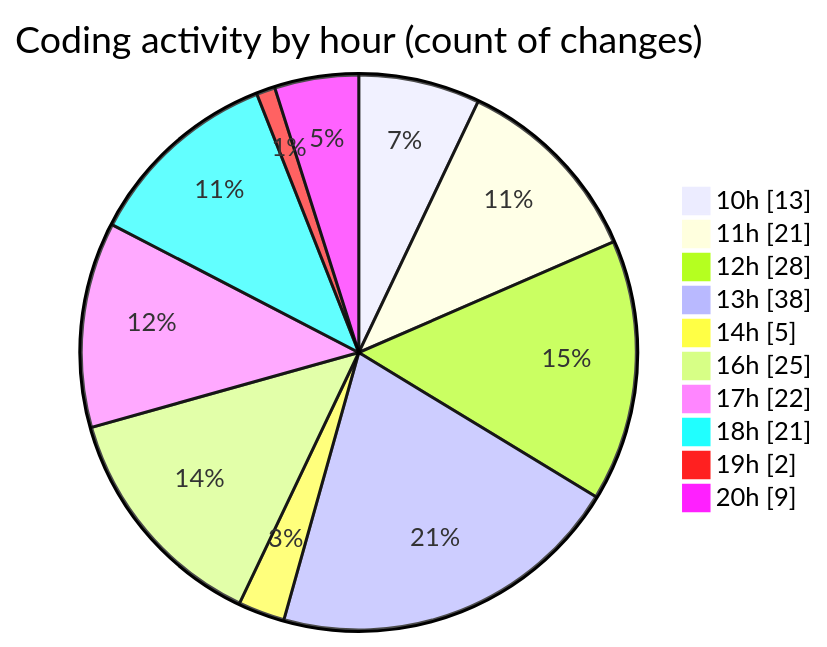
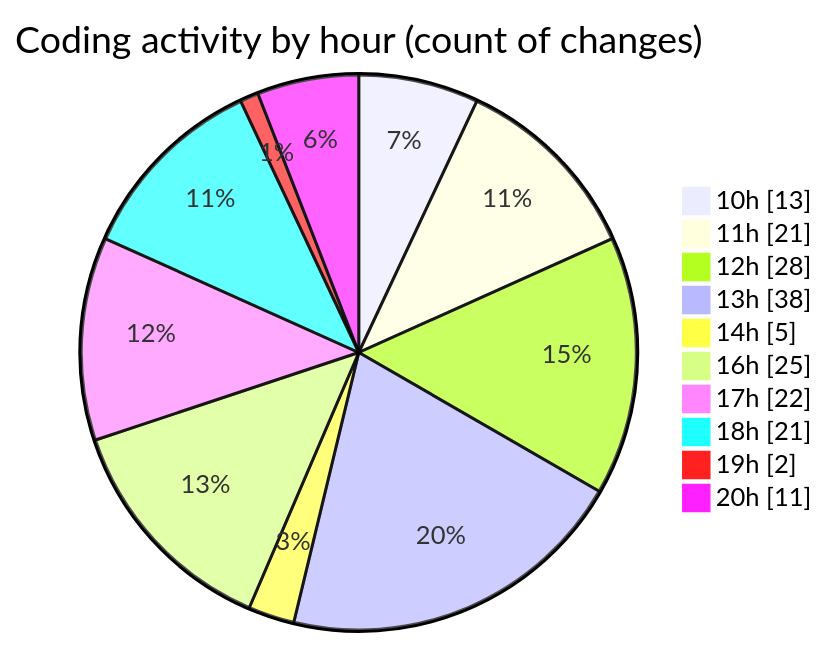
The second of 2 diagrams in 2025-06-19/cda/README.md (momahboobian/code-tracking), drawn with Mermaid before and after one commit. The commit also changed other lines of this file and 1 other file, not shown here.

````diff
--- a/2025-06-19/cda/README.md
+++ b/2025-06-19/cda/README.md
@@ -49,14 +49,14 @@
 ```mermaid
 pie showData
 title Coding activity by hour (count of changes)
 "10h" : 13
 "11h" : 21
 "12h" : 28
 "13h" : 38
 "14h" : 5
 "16h" : 25
 "17h" : 22
 "18h" : 21
 "19h" : 2
-"20h" : 9
+"20h" : 11
 ```
````
